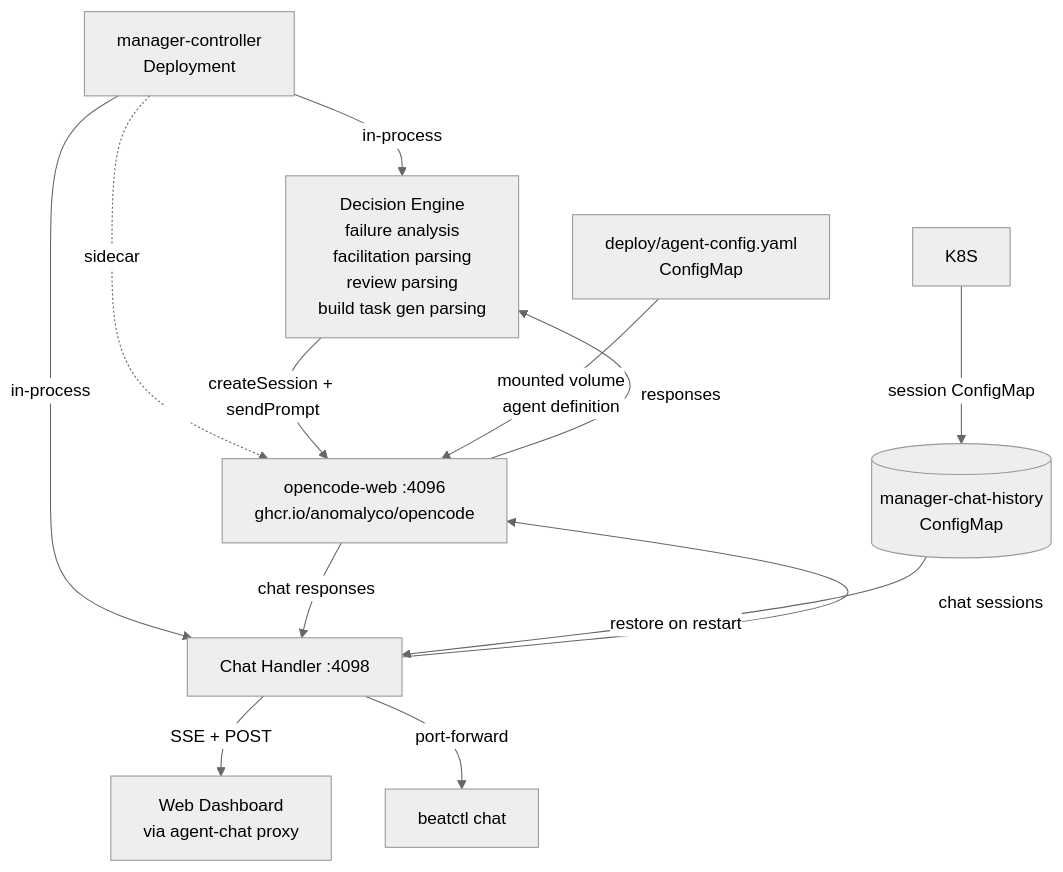
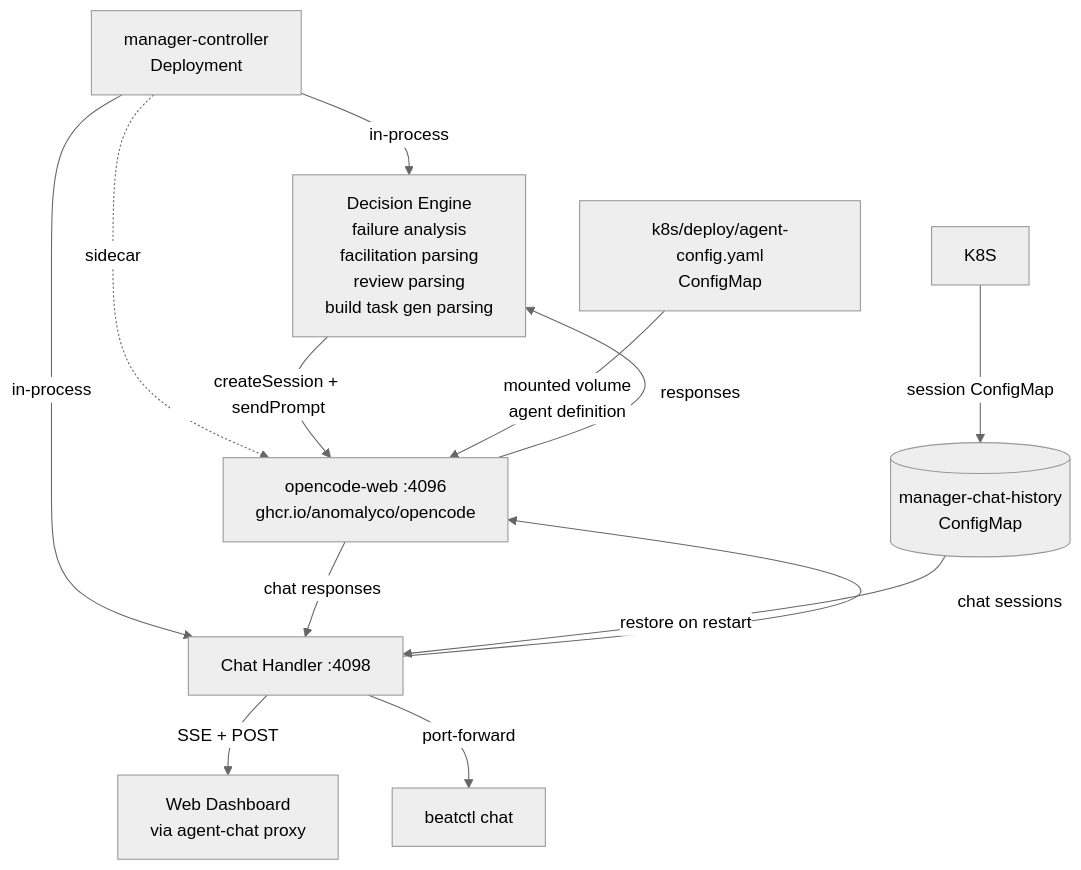
The fourth of 6 diagrams in README.md (erkkaha/percussionist), drawn with Mermaid (neutral theme) before and after one commit. The commit also changed other lines of this file and 36 other files, not shown here.

````diff
--- a/README.md
+++ b/README.md
@@ -308,22 +306,22 @@
 ```mermaid
 flowchart TD
     MGR[manager-controller\nDeployment]
 
     MGR -->|in-process| DEC[Decision Engine\nfailure analysis\nfacilitation parsing\nreview parsing\nbuild task gen parsing]
     MGR -->|in-process| CHAT[Chat Handler :4098]
 
     MGR -.->|sidecar| SIDECAR[opencode-web :4096\nghcr.io/anomalyco/opencode]
 
     DEC -->|createSession + sendPrompt| SIDECAR
     SIDECAR -->|responses| DEC
     CHAT -->|chat sessions| SIDECAR
     SIDECAR -->|chat responses| CHAT
 
     CHAT -->|SSE + POST| WEB[Web Dashboard\nvia agent-chat proxy]
     CHAT -->|port-forward| CLI[beatctl chat]
 
     K8S -->|session ConfigMap| CM[(manager-chat-history\nConfigMap)]
     CM -->|restore on restart| CHAT
 
-    AGCFG[deploy/agent-config.yaml\nConfigMap] -->|mounted volume\nagent definition| SIDECAR
+    AGCFG[k8s/deploy/agent-config.yaml\nConfigMap] -->|mounted volume\nagent definition| SIDECAR
 ```
````
